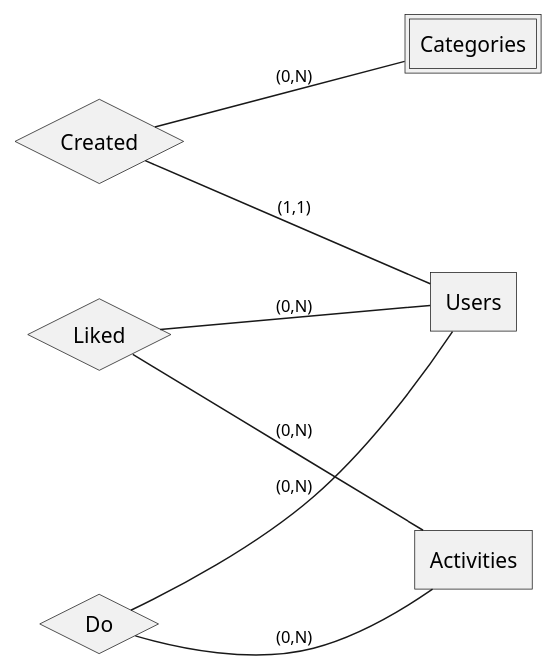
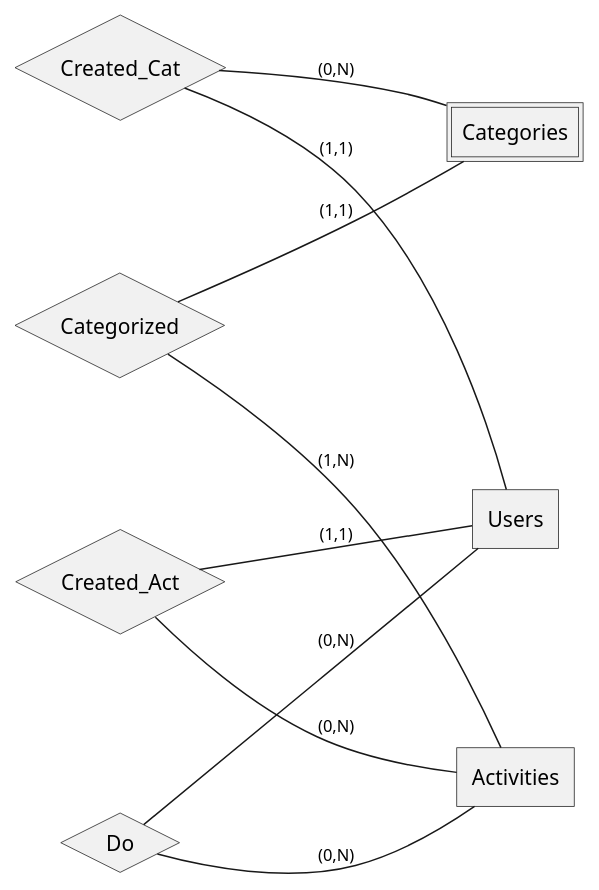
The diagram in db/erd.puml (IbraSuraya/suraya), drawn with PlantUML before and after one commit. The commit also changed 1 other file, not shown here.

Commit message:
update relation in erd.puml | create and done (Users) db/ie.puml

```diff
--- a/db/erd.puml
+++ b/db/erd.puml
@@ -1,26 +1,31 @@
-@startchen EntertaimentDigital
+@startchen Entertaiment
 left to right direction
 
 entity Users {
 }
 entity Categories <<weak>> {
 }
 entity Activities {
 }
 
-relationship Created {
+relationship Created_Cat {
 }
-Created -(0,N)- Categories
-Created -(1,1)- Users
+Created_Cat -(1,1)- Users
+Created_Cat -(0,N)- Categories
+
+relationship Created_Act {
+}
+Created_Act -(1,1)- Users
+Created_Act -(0,N)- Activities
 
 relationship Do {
 }
 Do -(0,N)- Users
 Do -(0,N)- Activities
 
-relationship Liked {
+relationship Categorized {
 }
-Liked -(0,N)- Users
-Liked -(0,N)- Activities
+Categorized -(1,1)- Categories
+Categorized -(1,N)- Activities
 
 @endchen
```
